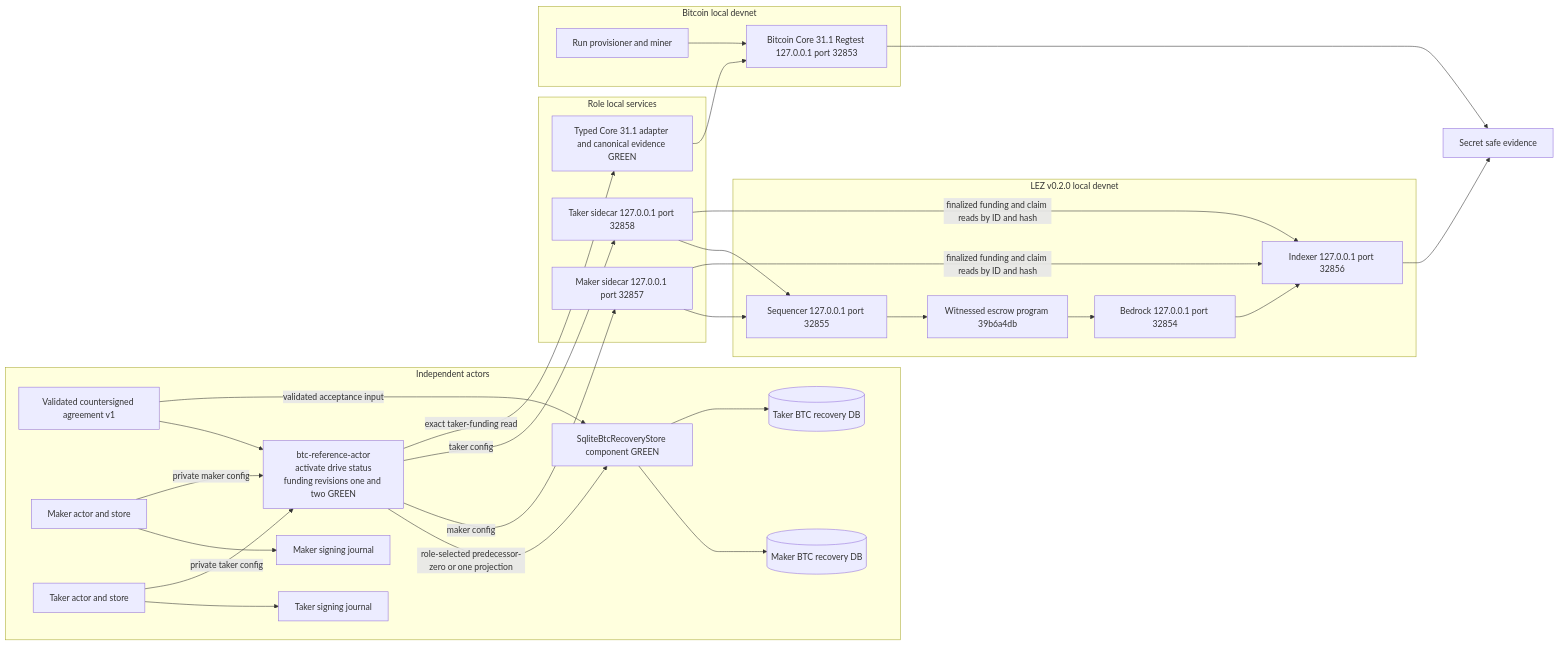
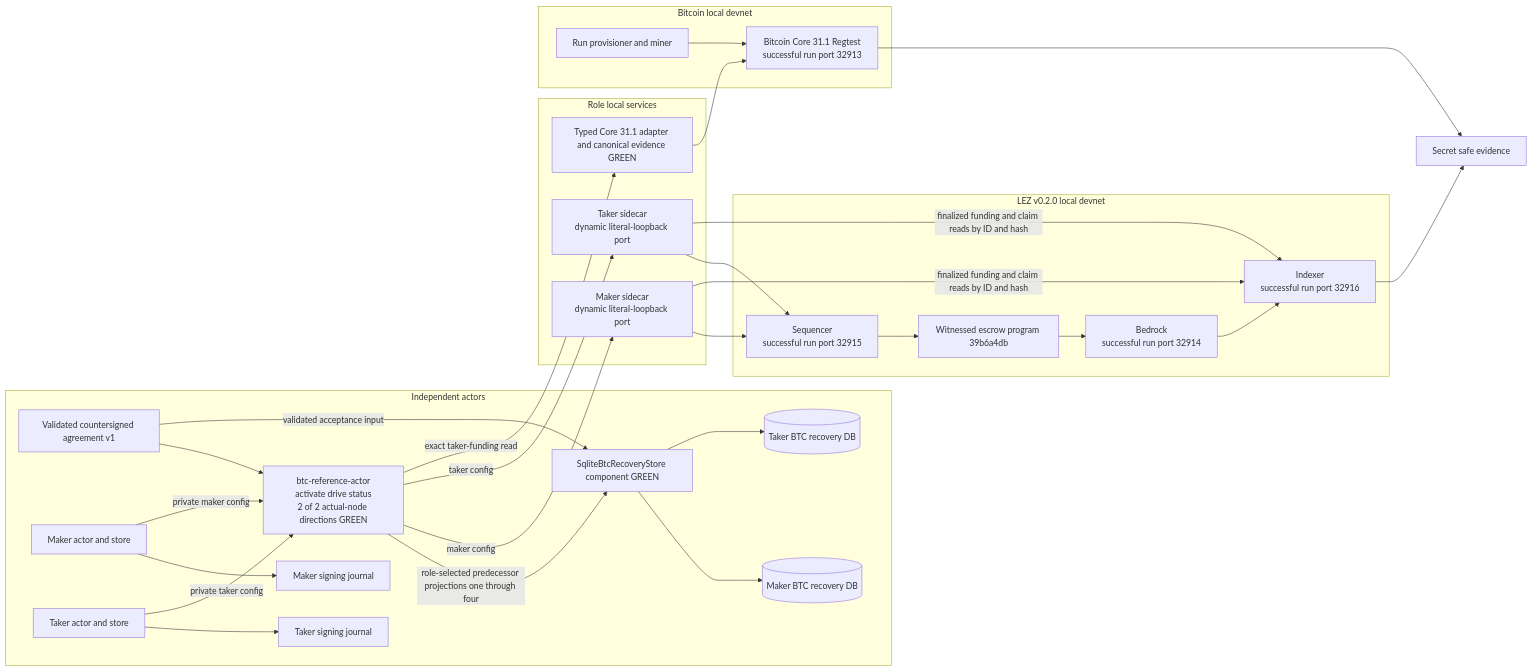
One commit to gateway-fm/lez-atomic-swaps changed the first of 6 diagrams in docs/architecture/0029-m3-bitcoin-local-poc-entry.md. Above: the diagram before and after it, drawn with Mermaid. The commit also changed other lines of this file and 14 other files, not shown here.

````diff
--- a/docs/architecture/0029-m3-bitcoin-local-poc-entry.md
+++ b/docs/architecture/0029-m3-bitcoin-local-poc-entry.md
@@ -43,56 +42,56 @@
 ```mermaid
 flowchart LR
     subgraph Actors["Independent actors"]
         Agreement["Validated countersigned agreement v1"]
         Maker["Maker actor and store"]
         Taker["Taker actor and store"]
-        Actor["btc-reference-actor<br/>activate drive status<br/>funding revisions one and two GREEN"]
+        Actor["btc-reference-actor<br/>activate drive status<br/>2 of 2 actual-node directions GREEN"]
         MakerSigner["Maker signing journal"]
         TakerSigner["Taker signing journal"]
         Recovery["SqliteBtcRecoveryStore component GREEN"]
         MakerRecovery[("Maker BTC recovery DB")]
         TakerRecovery[("Taker BTC recovery DB")]
         Maker --> MakerSigner
         Taker --> TakerSigner
         Maker -->|"private maker config"| Actor
         Taker -->|"private taker config"| Actor
         Agreement --> Actor
         Agreement -->|"validated acceptance input"| Recovery
         Recovery --> MakerRecovery
         Recovery --> TakerRecovery
-        Actor -->|"role-selected predecessor-zero or one projection"| Recovery
+        Actor -->|"role-selected predecessor projections one through four"| Recovery
     end
 
     subgraph RoleServices["Role local services"]
-        MakerSidecar["Maker sidecar 127.0.0.1 port 32857"]
-        TakerSidecar["Taker sidecar 127.0.0.1 port 32858"]
+        MakerSidecar["Maker sidecar<br/>dynamic literal-loopback port"]
+        TakerSidecar["Taker sidecar<br/>dynamic literal-loopback port"]
         CoreAdapter["Typed Core 31.1 adapter and canonical evidence GREEN"]
     end
 
     subgraph Bitcoin["Bitcoin local devnet"]
-        Core["Bitcoin Core 31.1 Regtest 127.0.0.1 port 32853"]
+        Core["Bitcoin Core 31.1 Regtest<br/>successful run port 32913"]
         Miner["Run provisioner and miner"]
     end
 
     subgraph Lez["LEZ v0.2.0 local devnet"]
-        Sequencer["Sequencer 127.0.0.1 port 32855"]
-        Indexer["Indexer 127.0.0.1 port 32856"]
-        Bedrock["Bedrock 127.0.0.1 port 32854"]
+        Sequencer["Sequencer<br/>successful run port 32915"]
+        Indexer["Indexer<br/>successful run port 32916"]
+        Bedrock["Bedrock<br/>successful run port 32914"]
         Guest["Witnessed escrow program 39b6a4db"]
         Sequencer --> Guest
         Guest --> Bedrock
         Bedrock --> Indexer
     end
 
     Actor -->|"maker config"| MakerSidecar
     Actor -->|"taker config"| TakerSidecar
     MakerSidecar --> Sequencer
     MakerSidecar -->|"finalized funding and claim reads by ID and hash"| Indexer
     TakerSidecar --> Sequencer
     TakerSidecar -->|"finalized funding and claim reads by ID and hash"| Indexer
     Actor -->|"exact taker-funding read"| CoreAdapter
     CoreAdapter --> Core
     Miner --> Core
     Core --> Evidence["Secret safe evidence"]
     Indexer --> Evidence
 ```
````
